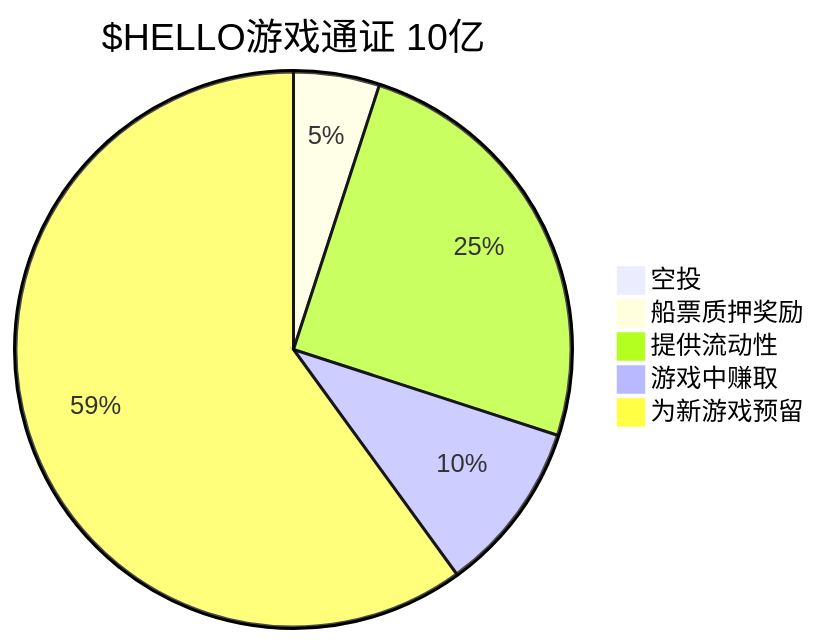
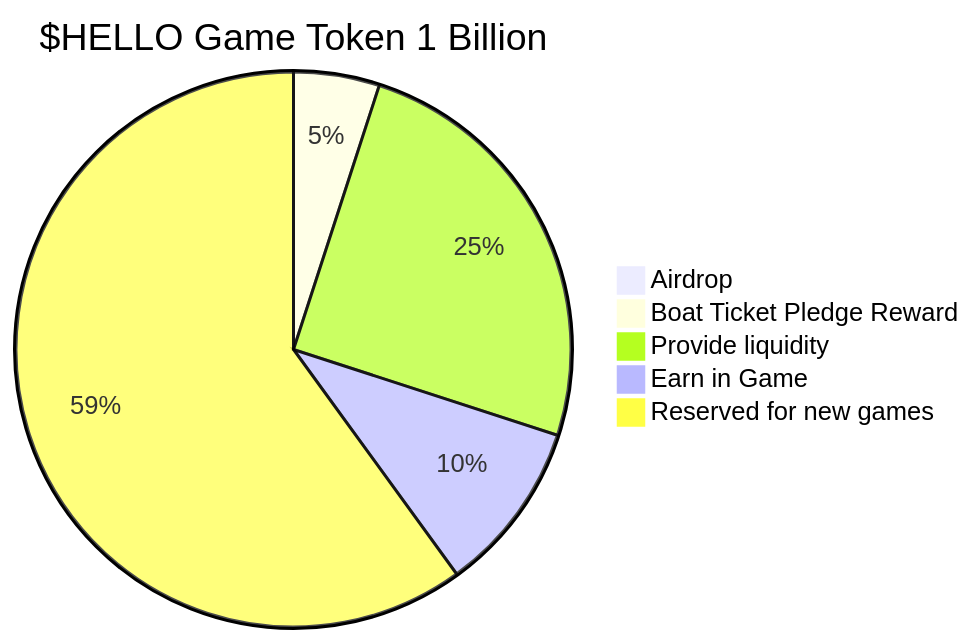
One commit to hellodao/doc changed the second of 2 diagrams in en/README.md. Above: the diagram before and after it, drawn with Mermaid. The commit also changed other lines of this file, not shown here.

`````diff
--- a/en/README.md
+++ b/en/README.md
@@ -262,9 +262,9 @@
 ```Mermaid
 pie
- title $HELLO游戏通证  10亿
- "空投" : 8000000
- "船票质押奖励" : 40000000
- "提供流动性" : 200000000
- "游戏中赚取" : 80000000
- "为新游戏预留" : 480000000
-```
+ title $HELLO Game Token 1 Billion
+ "Airdrop" : 8000000
+ "Boat Ticket Pledge Reward" : 40000000
+ "Provide liquidity" : 200000000
+ "Earn in Game" : 80000000
+ "Reserved for new games" : 480000000
+````
`````
